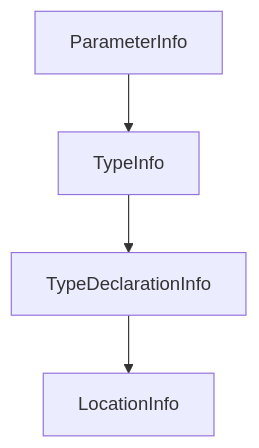
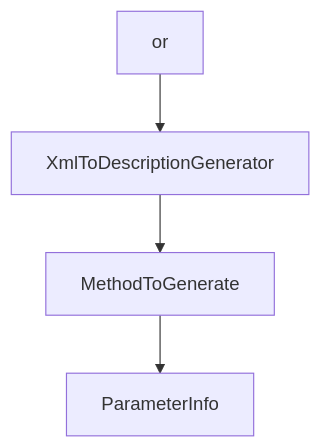
Before and after one commit to johnxie/awesome-code-docs: the diagram in tutorials/mcp-csharp-sdk-tutorial/03-aspnetcore-http-transport-and-session-routing.md, drawn with Mermaid. The commit also changed other lines of this file and 1232 other files, not shown here.

````diff
--- a/tutorials/mcp-csharp-sdk-tutorial/03-aspnetcore-http-transport-and-session-routing.md
+++ b/tutorials/mcp-csharp-sdk-tutorial/03-aspnetcore-http-transport-and-session-routing.md
@@ -206,10 +211,10 @@
 ```mermaid
 flowchart TD
-    A[ParameterInfo]
-    B[TypeInfo]
-    C[TypeDeclarationInfo]
-    D[LocationInfo]
+    A[or]
+    B[XmlToDescriptionGenerator]
+    C[MethodToGenerate]
+    D[ParameterInfo]
     A --> B
     B --> C
     C --> D
 ```
````
